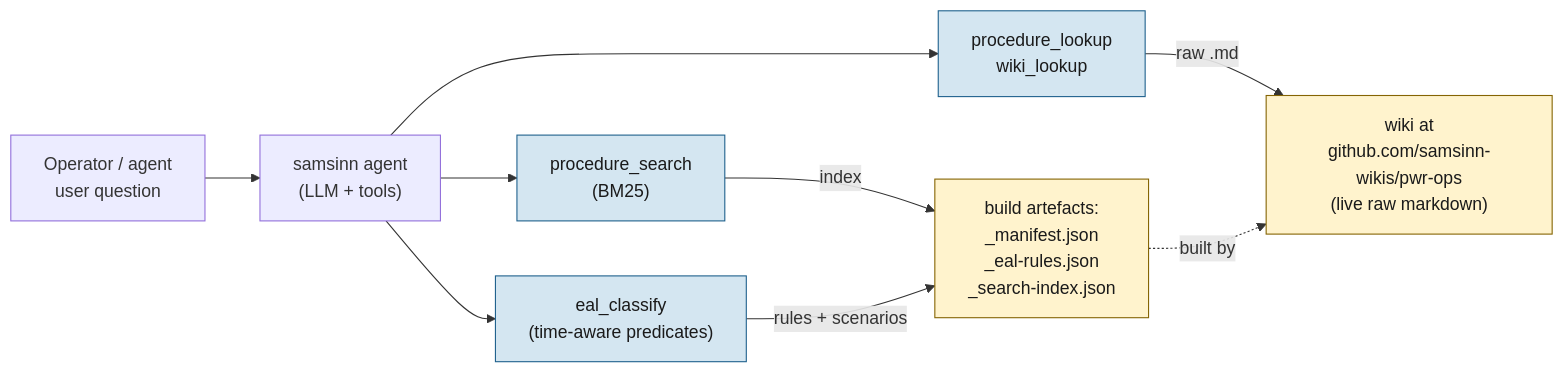
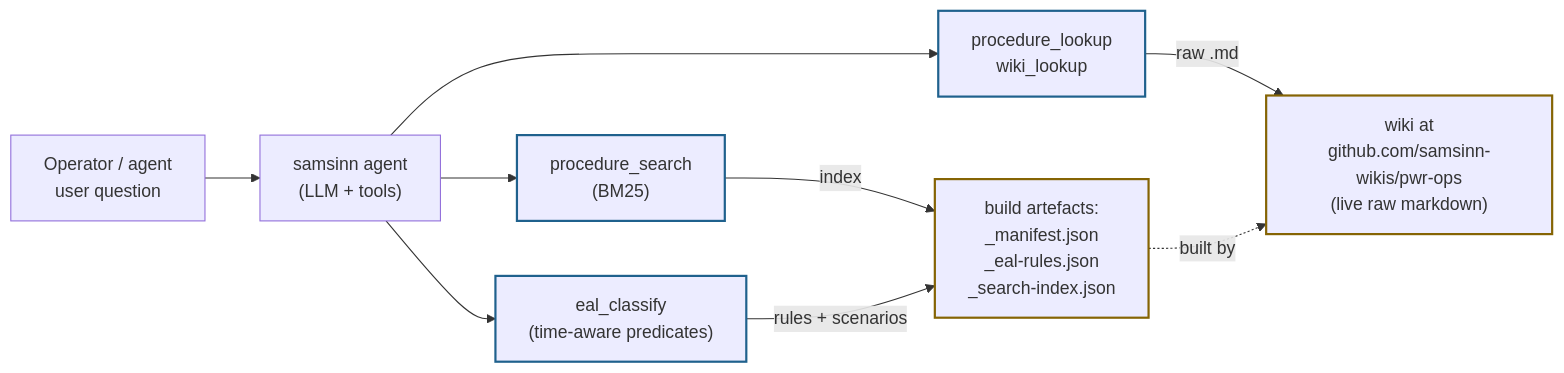
The diagram in wiki/samsinn-integration.md (samsinn-wikis/pwr-ops), drawn with Mermaid before and after one commit. The commit also changed 14 other files, not shown here.

````diff
--- a/wiki/samsinn-integration.md
+++ b/wiki/samsinn-integration.md
@@ -218,24 +218,24 @@
 ```mermaid
 flowchart LR
     USER["Operator / agent<br/>user question"]
     AGENT["samsinn agent<br/>(LLM + tools)"]
     LOOKUP["procedure_lookup<br/>wiki_lookup"]
     SEARCH["procedure_search<br/>(BM25)"]
     EAL["eal_classify<br/>(time-aware predicates)"]
     WIKI["wiki at<br/>github.com/samsinn-wikis/pwr-ops<br/>(live raw markdown)"]
     JSON["build artefacts:<br/>_manifest.json<br/>_eal-rules.json<br/>_search-index.json"]
 
     USER --> AGENT
     AGENT --> LOOKUP
     AGENT --> SEARCH
     AGENT --> EAL
     LOOKUP -->|raw .md| WIKI
     SEARCH -->|index| JSON
     EAL -->|rules + scenarios| JSON
     JSON -.built by.-> WIKI
 
-    classDef tool fill:#d4e6f1,stroke:#1f618d,color:#1a1a1a
-    classDef store fill:#fff3cd,stroke:#856404,color:#1a1a1a
+    classDef tool stroke:#1f618d,stroke-width:2px
+    classDef store stroke:#856404,stroke-width:2px
     class LOOKUP,SEARCH,EAL tool
     class WIKI,JSON store
 ```
````
